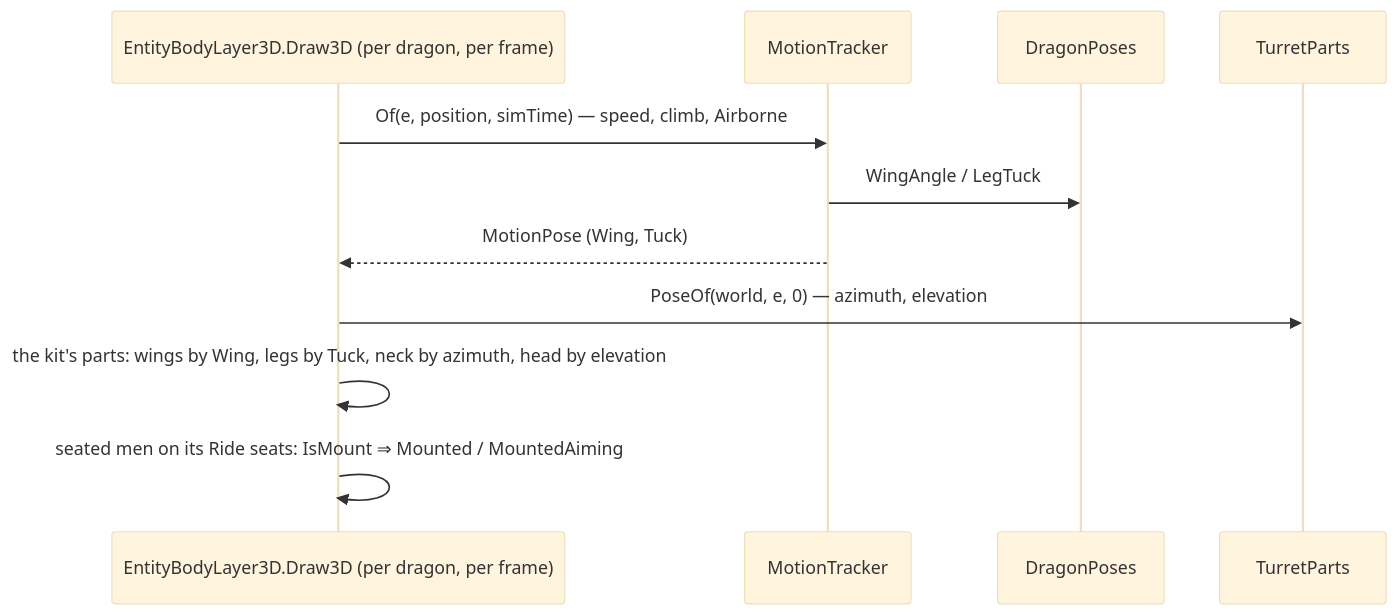
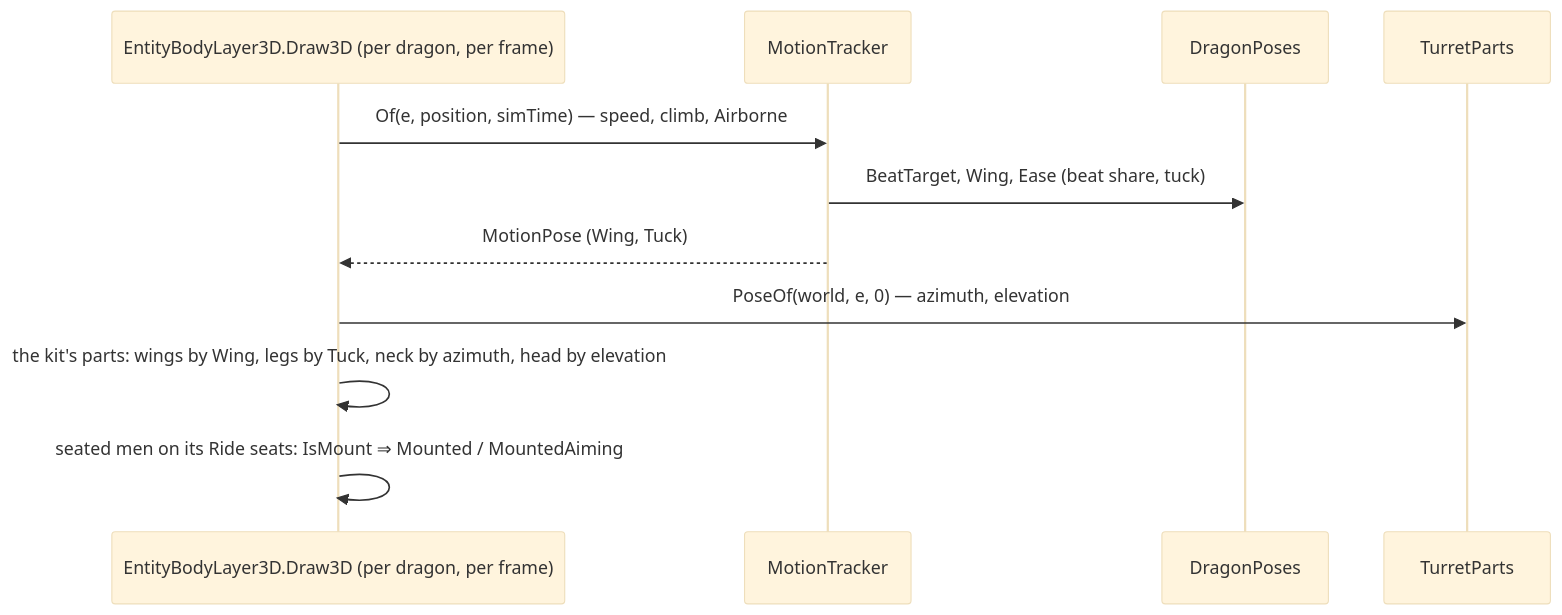
The sixth of 6 diagrams in docs/designs/fun/DESIGN_Dragon.md (pjanec/HROT), drawn with Mermaid (base theme) before and after one commit. The commit also changed other lines of this file and 12 other files, not shown here.

````diff
--- a/docs/designs/fun/DESIGN_Dragon.md
+++ b/docs/designs/fun/DESIGN_Dragon.md
@@ -272,13 +278,13 @@
 ```mermaid
 sequenceDiagram
   participant B as EntityBodyLayer3D.Draw3D (per dragon, per frame)
   participant M as MotionTracker
   participant P as DragonPoses
   participant T as TurretParts
   B->>M: Of(e, position, simTime) — speed, climb, Airborne
-  M->>P: WingAngle / LegTuck
+  M->>P: BeatTarget, Wing, Ease (beat share, tuck)
   M-->>B: MotionPose (Wing, Tuck)
   B->>T: PoseOf(world, e, 0) — azimuth, elevation
   B->>B: the kit's parts: wings by Wing, legs by Tuck, neck by azimuth, head by elevation
   B->>B: seated men on its Ride seats: IsMount ⇒ Mounted / MountedAiming
 ```
````
